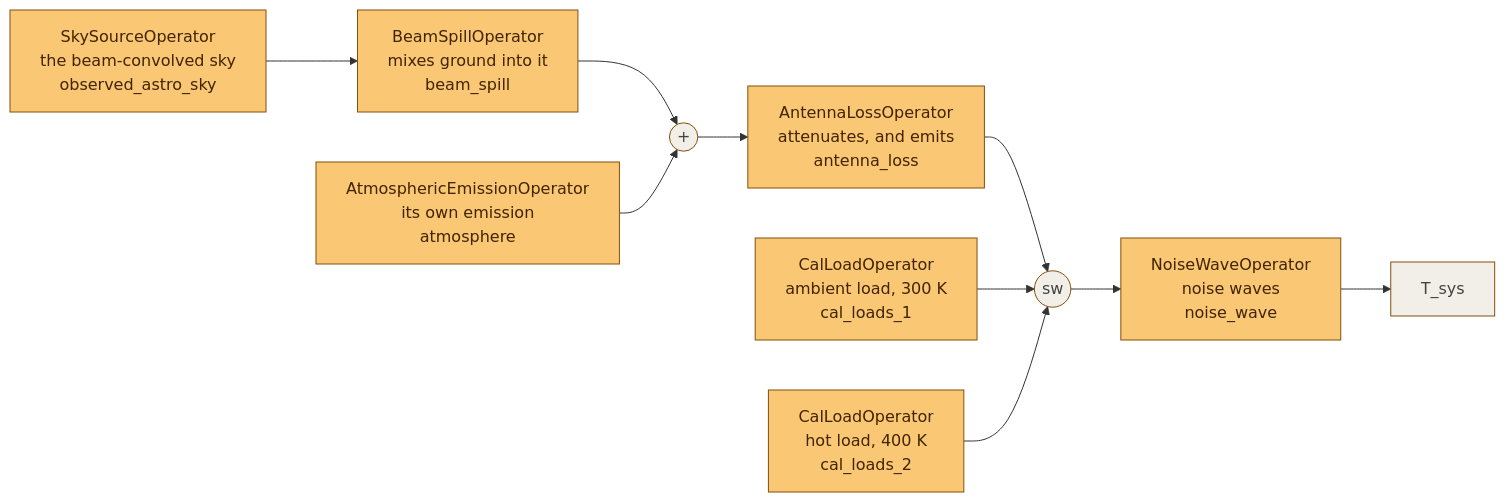
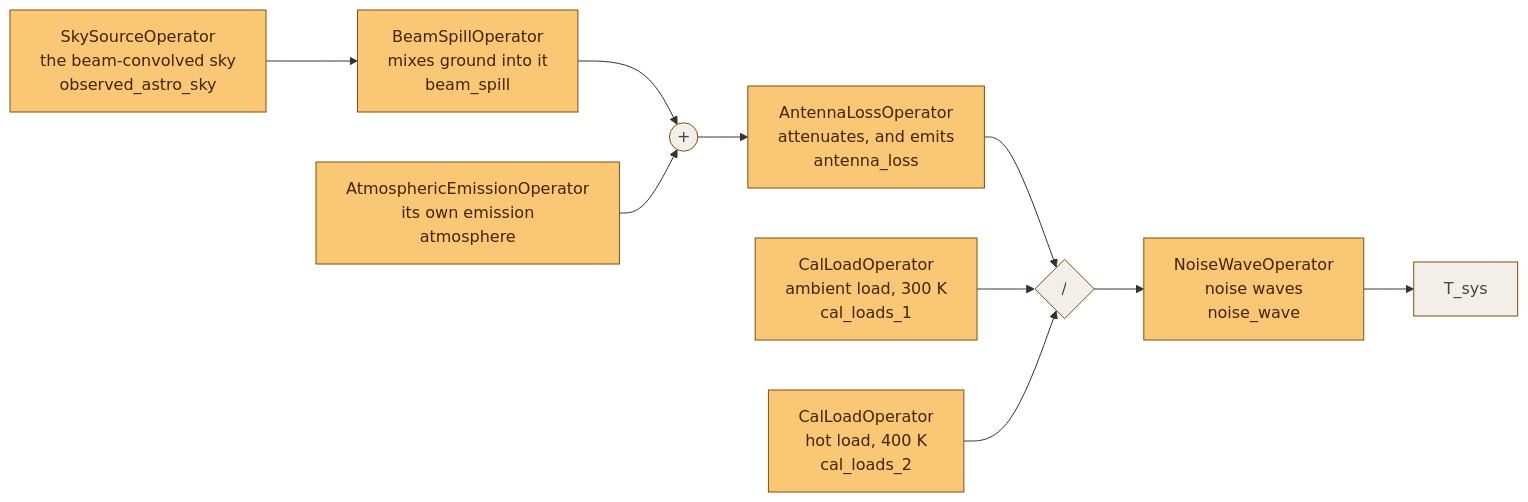
The diagram in docs/sky-to-receiver.md (RHINO-Experiment/rheplicant), drawn with Mermaid before and after one commit. The commit also changed other lines of this file and 13 other files, not shown here.

````diff
--- a/docs/sky-to-receiver.md
+++ b/docs/sky-to-receiver.md
@@ -70,26 +71,26 @@
 ```{mermaid}
 flowchart LR
   sky["SkySourceOperator<br/>the beam-convolved sky<br/>observed_astro_sky"]
   spill["BeamSpillOperator<br/>mixes ground into it<br/>beam_spill"]
   atm["AtmosphericEmissionOperator<br/>its own emission<br/>atmosphere"]
   tsum(("+"))
   loss["AntennaLossOperator<br/>attenuates, and emits<br/>antenna_loss"]
-  sw(("sw"))
+  sw{"/"}
   amb["CalLoadOperator<br/>ambient load, 300 K<br/>cal_loads_1"]
   hot["CalLoadOperator<br/>hot load, 400 K<br/>cal_loads_2"]
   nw["NoiseWaveOperator<br/>noise waves<br/>noise_wave"]
   out["T_sys"]
   sky --> spill
   spill --> tsum
   atm --> tsum
   tsum --> loss
   loss --> sw
   amb --> sw
   hot --> sw
   sw --> nw
   nw --> out
   classDef lit fill:#FAC775,stroke:#854F0B,color:#412402;
   classDef wire fill:#F1EFE8,stroke:#854F0B,color:#444441;
   class sky,spill,atm,loss,amb,hot,nw lit;
   class tsum,sw,out wire;
 ```
````
